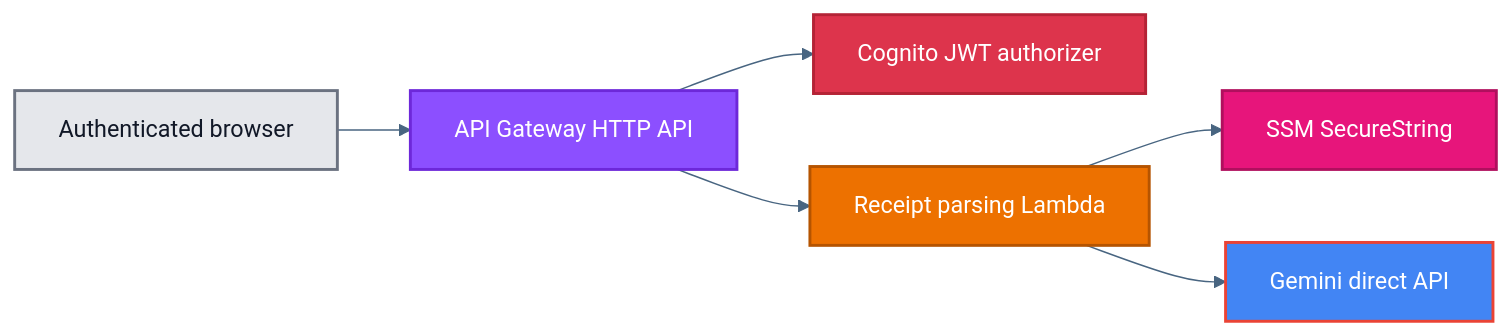
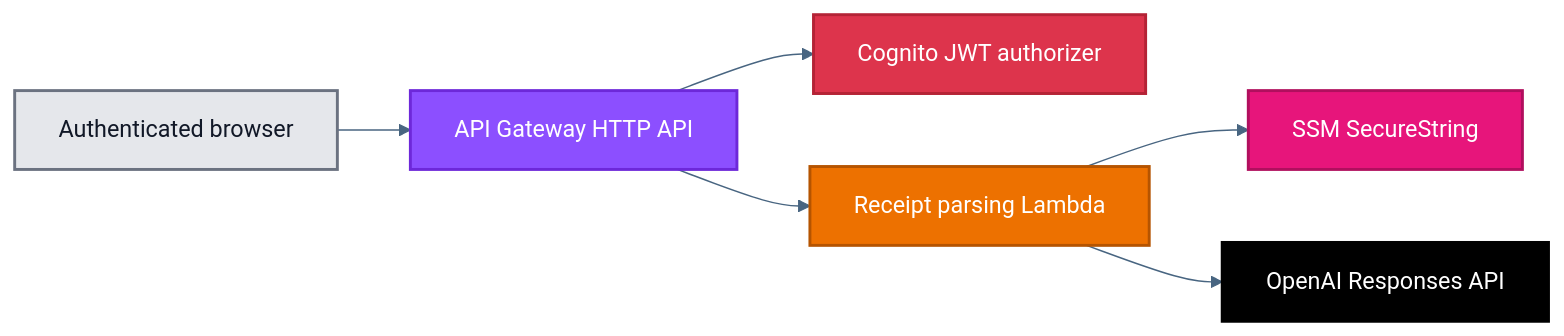
Before and after one commit to reiganarmstrong/check-split-mono: the diagram in infra/modules/receipt-ingestion-api/README.md, drawn with Mermaid. The commit also changed other lines of this file and 21 other files, not shown here.

````diff
--- a/infra/modules/receipt-ingestion-api/README.md
+++ b/infra/modules/receipt-ingestion-api/README.md
@@ -17,33 +17,33 @@
 ```mermaid
 ---
 config:
   theme: base
   themeVariables:
     primaryColor: "#D9EAFD"
     primaryTextColor: "#102A43"
     primaryBorderColor: "#2F6690"
     lineColor: "#486581"
     secondaryColor: "#E6F4EA"
     tertiaryColor: "#FFF4CC"
 ---
 flowchart LR
   U["Authenticated browser"] --> A["API Gateway HTTP API"]
   A --> J["Cognito JWT authorizer"]
   A --> L["Receipt parsing Lambda"]
   L --> S["SSM SecureString"]
-  L --> G["Gemini direct API"]
+  L --> G["OpenAI Responses API"]
 
   classDef client fill:#E5E7EB,stroke:#6B7280,color:#111827,stroke-width:2px;
   classDef apiGateway fill:#8C4FFF,stroke:#6D28D9,color:#FFFFFF,stroke-width:2px;
   classDef cognito fill:#DD344C,stroke:#B42336,color:#FFFFFF,stroke-width:2px;
   classDef lambda fill:#ED7100,stroke:#B55400,color:#FFFFFF,stroke-width:2px;
   classDef ssm fill:#E7157B,stroke:#B10F5E,color:#FFFFFF,stroke-width:2px;
-  classDef gemini fill:#4285F4,stroke:#EA4335,color:#FFFFFF,stroke-width:2px;
+  classDef openai fill:#000000,stroke:#000000,color:#FFFFFF,stroke-width:2px;
 
   class U client;
   class A apiGateway;
   class J cognito;
   class L lambda;
   class S ssm;
-  class G gemini;
+  class G openai;
 ```
````
